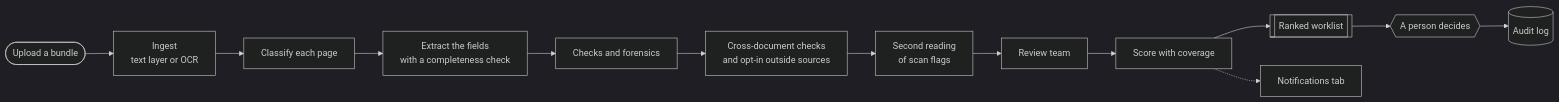
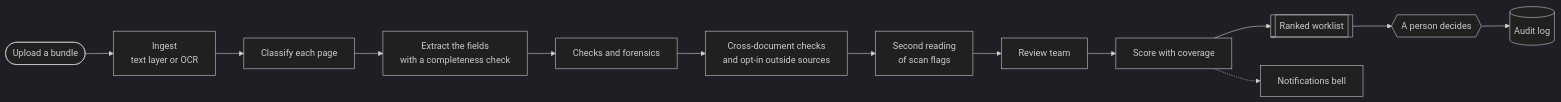
Before and after one commit to yekaiwu/fraud-desk: the diagram in README.md, drawn with Mermaid (dark theme). The commit also changed other lines of this file and 5 other files, not shown here.

Commit message:
Notifications: a bell button in the header (top right) with the count, not a tab

````diff
--- a/README.md
+++ b/README.md
@@ -87,15 +87,15 @@
 ```mermaid
 flowchart LR
   A([Upload a bundle]) --> B[Ingest<br/>text layer or OCR]
   B --> C[Classify each page]
   C --> D[Extract the fields<br/>with a completeness check]
   D --> E[Checks and forensics]
   E --> F[Cross-document checks<br/>and opt-in outside sources]
   F --> K[Second reading<br/>of scan flags]
   K --> R[Review team]
   R --> G[Score with coverage]
   G --> H[[Ranked worklist]]
   H --> I{{A person decides}}
   I --> J[(Audit log)]
-  G -.-> N[Notifications tab]
+  G -.-> N[Notifications bell]
 ```
````
